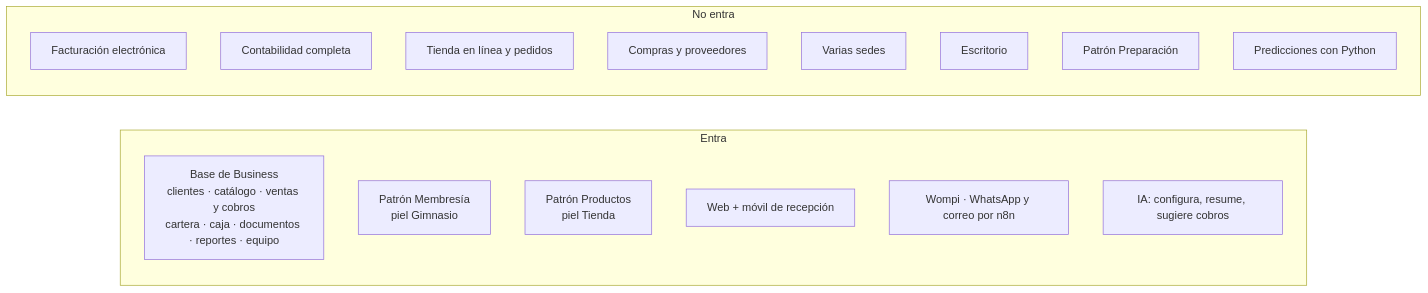
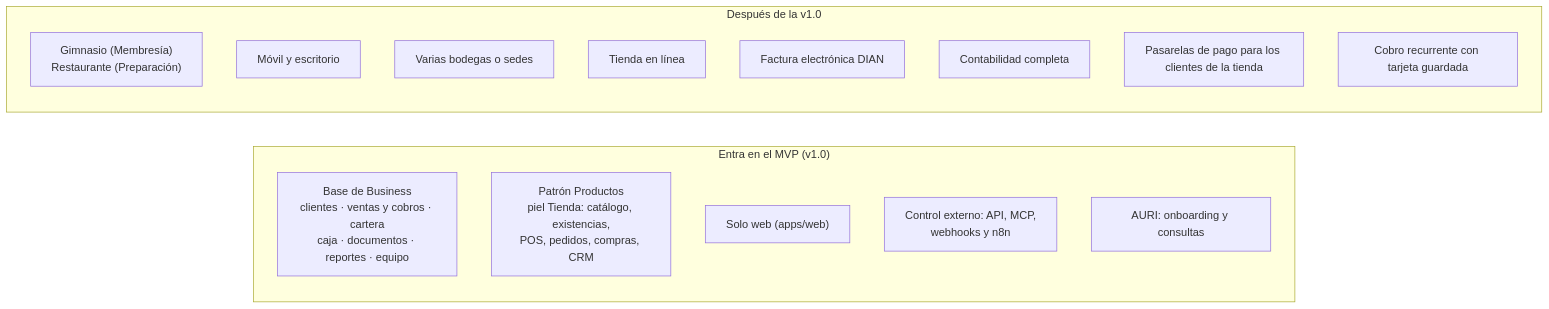
The diagram in docs/03-distribuciones/business/mvp/README.md (NexusThrive/nexusthrive), drawn with Mermaid before and after one commit. The commit also changed other lines of this file and 8 other files, not shown here.

Commit message:
docs(adr): add ADR-0017 to ADR-0022 and reorder roadmap around the store MVP

````diff
--- a/docs/03-distribuciones/business/mvp/README.md
+++ b/docs/03-distribuciones/business/mvp/README.md
@@ -15,23 +15,22 @@
 ```mermaid
 flowchart LR
-    subgraph SI["Entra"]
+    subgraph SI["Entra en el MVP (v1.0)"]
         direction TB
-        S1["Base de Business<br/>clientes · catálogo · ventas y cobros<br/>cartera · caja · documentos · reportes · equipo"]
-        S2["Patrón Membresía<br/>piel Gimnasio"]
-        S3["Patrón Productos<br/>piel Tienda"]
-        S4["Web + móvil de recepción"]
-        S5["Wompi · WhatsApp y correo por n8n"]
-        S6["IA: configura, resume, sugiere cobros"]
+        S1["Base de Business<br/>clientes · ventas y cobros · cartera<br/>caja · documentos · reportes · equipo"]
+        S3["Patrón Productos<br/>piel Tienda: catálogo, existencias,<br/>POS, pedidos, compras, CRM"]
+        S4["Solo web (apps/web)"]
+        S5["Control externo: API, MCP,<br/>webhooks y n8n"]
+        S6["AURI: onboarding y consultas"]
     end
-    subgraph NO["No entra"]
+    subgraph NO["Después de la v1.0"]
         direction TB
-        N1["Facturación electrónica"]
-        N2["Contabilidad completa"]
-        N3["Tienda en línea y pedidos"]
-        N4["Compras y proveedores"]
-        N5["Varias sedes"]
-        N6["Escritorio"]
-        N7["Patrón Preparación"]
-        N8["Predicciones con Python"]
+        N1["Gimnasio (Membresía)<br/>Restaurante (Preparación)"]
+        N2["Móvil y escritorio"]
+        N3["Varias bodegas o sedes"]
+        N4["Tienda en línea"]
+        N5["Factura electrónica DIAN"]
+        N6["Contabilidad completa"]
+        N7["Pasarelas de pago para los clientes de la tienda"]
+        N8["Cobro recurrente con tarjeta guardada"]
     end
 ```
````
